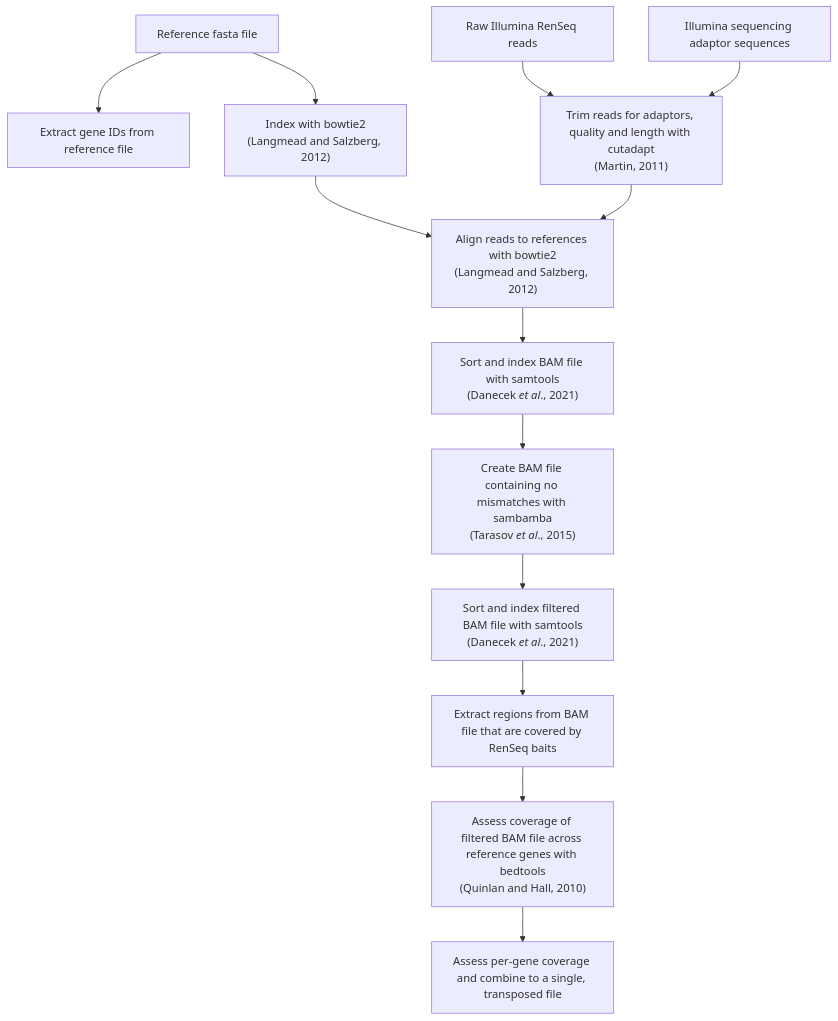
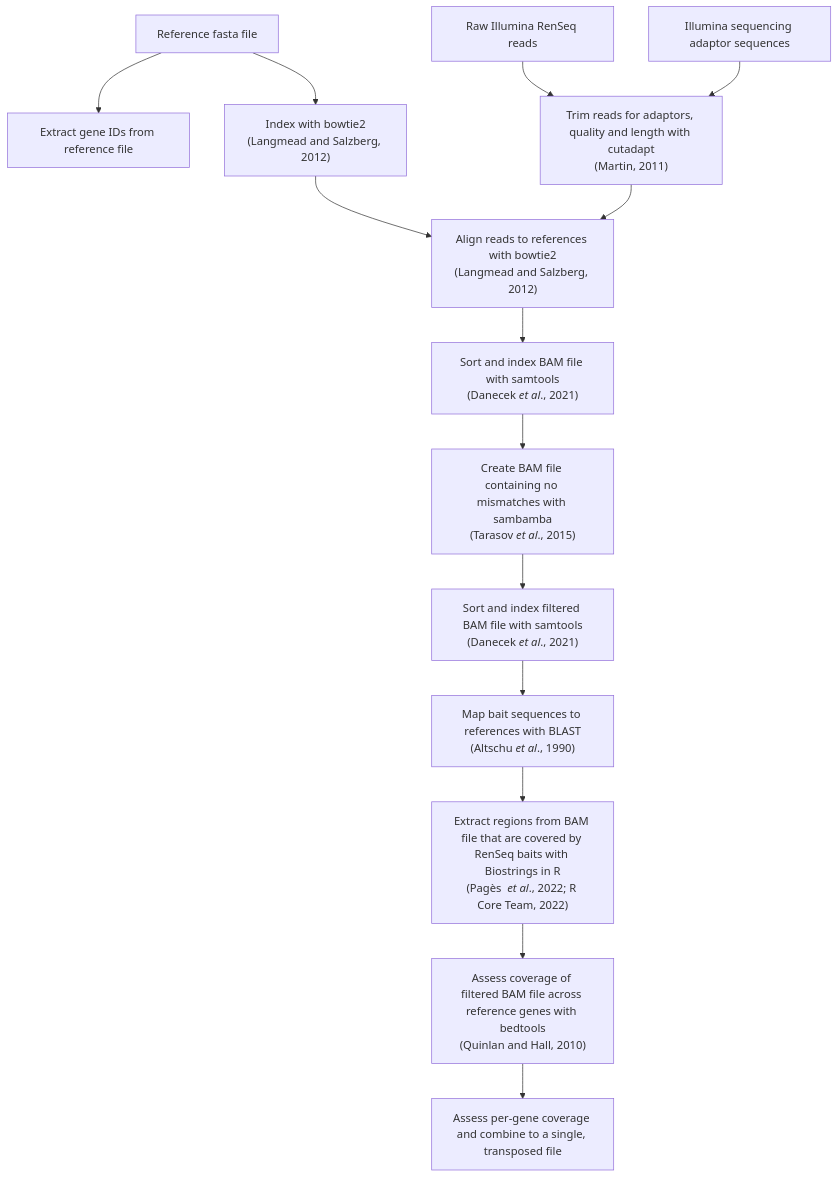
One commit to SwiftSeal/HISS changed the diagram in drenseq/README.md. Above: the diagram before and after it, drawn with Mermaid.

Commit message:
Further updates flowchart

````diff
--- a/drenseq/README.md
+++ b/drenseq/README.md
@@ -78,28 +78,30 @@
 ```mermaid
 graph TD
 Box1["Reference fasta file"]
 Box2["Extract gene IDs from reference file"]
 Box1-->Box2
 Box3["Raw Illumina RenSeq reads"]
 Box4["Illumina sequencing adaptor sequences"]
 Box5["Trim reads for adaptors, quality and length with cutadapt<br />(Martin, 2011)"]
 Box3-->Box5
 Box4-->Box5
 Box6["Index with bowtie2<br />(Langmead and Salzberg, 2012)"]
 Box1-->Box6
 Box7["Align reads to references with bowtie2<br />(Langmead and Salzberg, 2012)"]
 Box6-->Box7
 Box5-->Box7
 Box8["Sort and index BAM file with samtools<br />(Danecek <i>et al</i>., 2021)"]
 Box7-->Box8
 Box9["Create BAM file containing no mismatches with sambamba<br />(Tarasov <i>et al</i>., 2015)"]
 Box8-->Box9
 Box10["Sort and index filtered BAM file with samtools<br />(Danecek <i>et al</i>., 2021)"]
 Box9-->Box10
-Box11["Extract regions from BAM file that are covered by RenSeq baits"]
+Box11["Map bait sequences to references with BLAST<br />(Altschu <i>et al</i>., 1990)"]
 Box10-->Box11
-Box12["Assess coverage of filtered BAM file across reference genes with bedtools<br />(Quinlan and Hall, 2010)"]
+Box12["Extract regions from BAM file that are covered by RenSeq baits with Biostrings in R<br />(Pagès <i> et al</i>., 2022; R Core Team, 2022)"]
 Box11-->Box12
-Box13["Assess per-gene coverage and combine to a single, transposed file"]
+Box13["Assess coverage of filtered BAM file across reference genes with bedtools<br />(Quinlan and Hall, 2010)"]
 Box12-->Box13
+Box14["Assess per-gene coverage and combine to a single, transposed file"]
+Box13-->Box14
 ```
````
